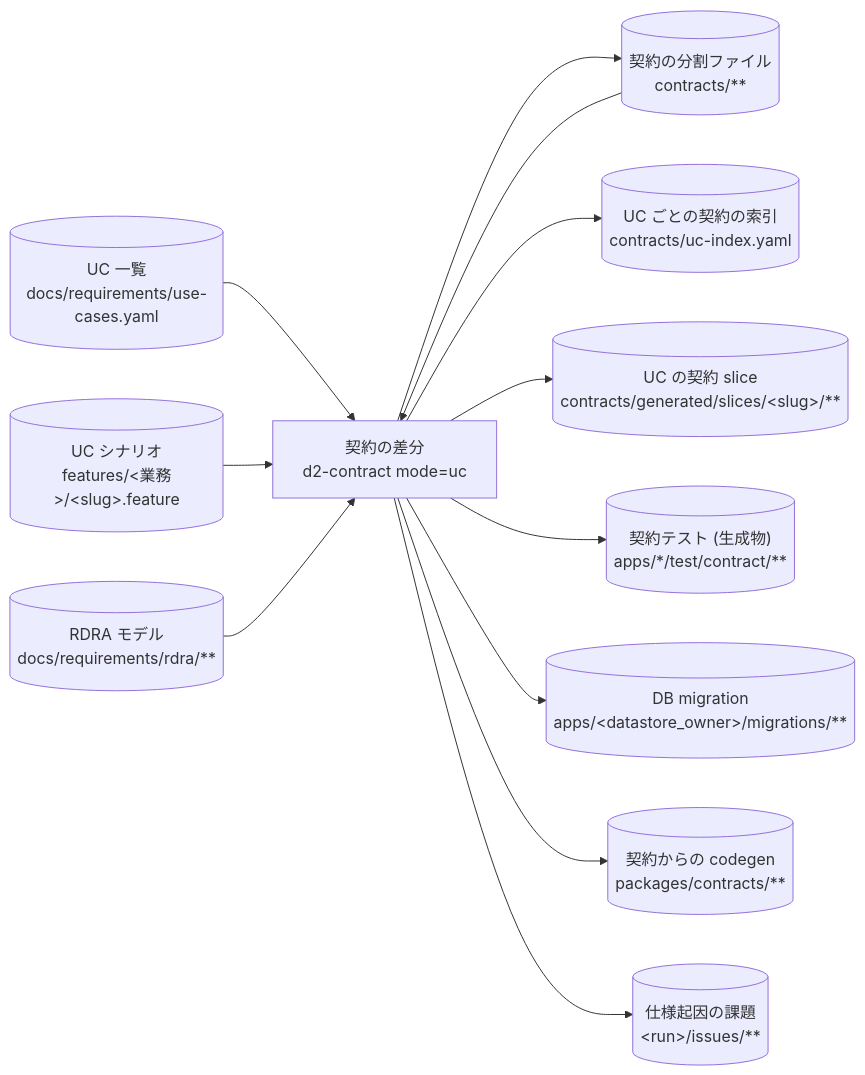
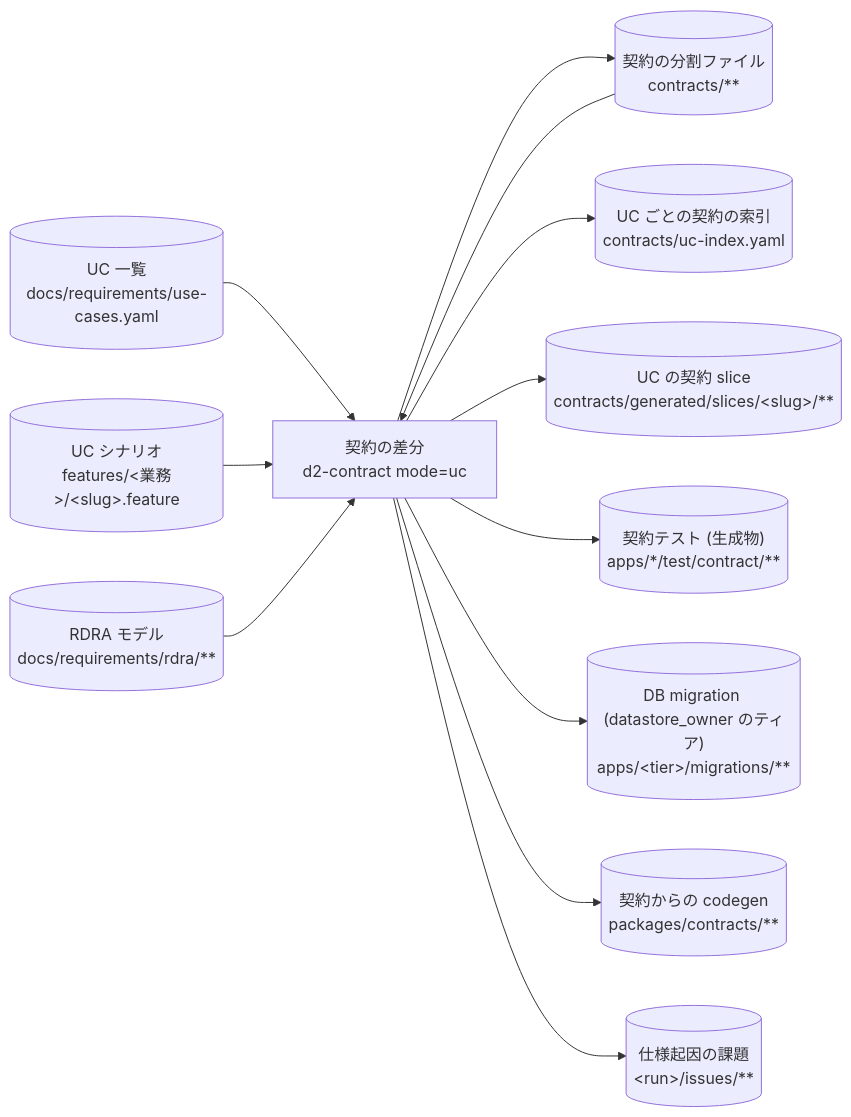
Before and after one commit to suwa-sh/suwa-sh-claude-plugins: the sixth of 12 diagrams in plugins/distillery2/skills/d2-common/references/dataflow.md, drawn with Mermaid. The commit also changed other lines of this file and 6 other files, not shown here.

````diff
--- a/plugins/distillery2/skills/d2-common/references/dataflow.md
+++ b/plugins/distillery2/skills/d2-common/references/dataflow.md
@@ -448,25 +451,25 @@
 ```mermaid
 flowchart LR
   s_req_rdra[("RDRA モデル<br/>docs/requirements/rdra/**")]
   s_use_cases[("UC 一覧<br/>docs/requirements/use-cases.yaml")]
   s_contracts_src[("契約の分割ファイル<br/>contracts/**")]
   s_uc_index[("UC ごとの契約の索引<br/>contracts/uc-index.yaml")]
   s_contract_slice[("UC の契約 slice<br/>contracts/generated/slices/#lt;slug#gt;/**")]
   s_contract_tests[("契約テスト (生成物)<br/>apps/*/test/contract/**")]
-  s_migrations[("DB migration<br/>apps/#lt;datastore_owner#gt;/migrations/**")]
+  s_migrations[("DB migration (datastore_owner のティア)<br/>apps/#lt;tier#gt;/migrations/**")]
   s_contracts_code[("契約からの codegen<br/>packages/contracts/**")]
   s_feature[("UC シナリオ<br/>features/#lt;業務#gt;/#lt;slug#gt;.feature")]
   s_issues[("仕様起因の課題<br/>#lt;run#gt;/issues/**")]
   p_contract_uc["契約の差分<br/>d2-contract mode=uc"]
   s_use_cases --> p_contract_uc
   s_feature --> p_contract_uc
   s_req_rdra --> p_contract_uc
   s_contracts_src --> p_contract_uc
   p_contract_uc --> s_contracts_src
   p_contract_uc --> s_uc_index
   p_contract_uc --> s_contract_slice
   p_contract_uc --> s_contract_tests
   p_contract_uc --> s_migrations
   p_contract_uc --> s_contracts_code
   p_contract_uc --> s_issues
 ```
````
